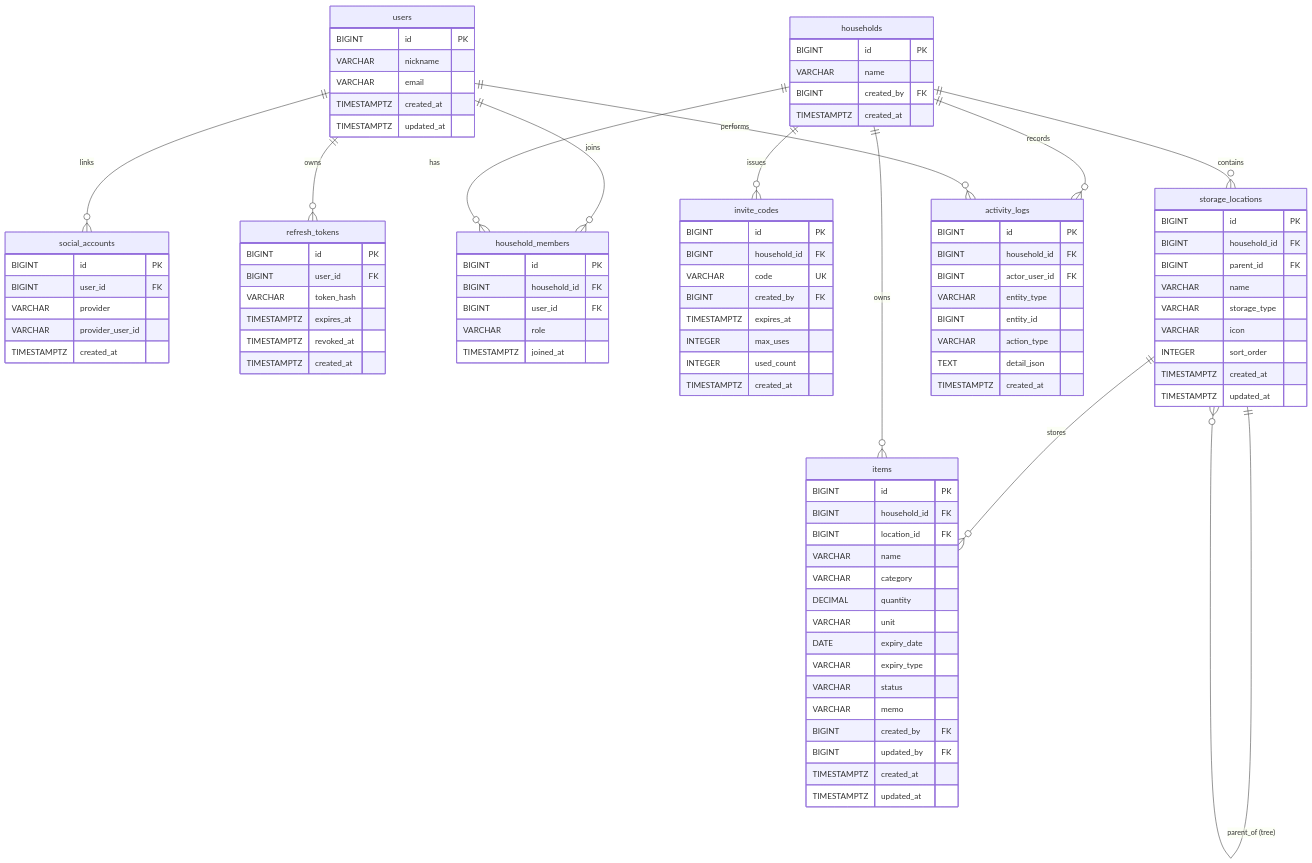
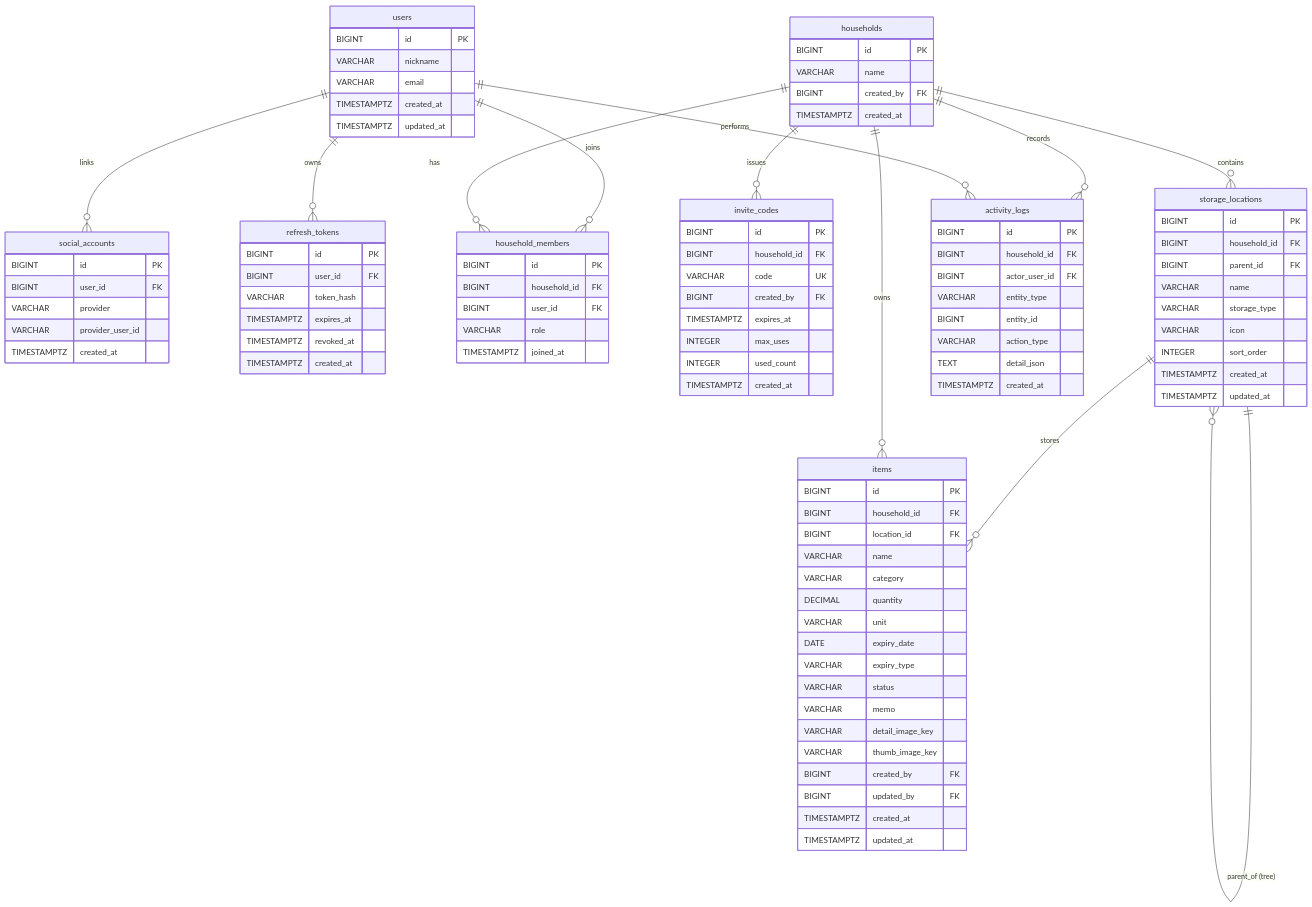
The diagram in docs/02-architecture/03-database-erd.md (mjcode1588/refrigerator_manger), drawn with Mermaid before and after one commit. The commit also changed other lines of this file and 12 other files, not shown here.

```diff
--- a/docs/02-architecture/03-database-erd.md
+++ b/docs/02-architecture/03-database-erd.md
@@ -107,6 +107,8 @@
         VARCHAR expiry_type
         VARCHAR status
         VARCHAR memo
+        VARCHAR detail_image_key
+        VARCHAR thumb_image_key
         BIGINT created_by FK
         BIGINT updated_by FK
         TIMESTAMPTZ created_at
```
